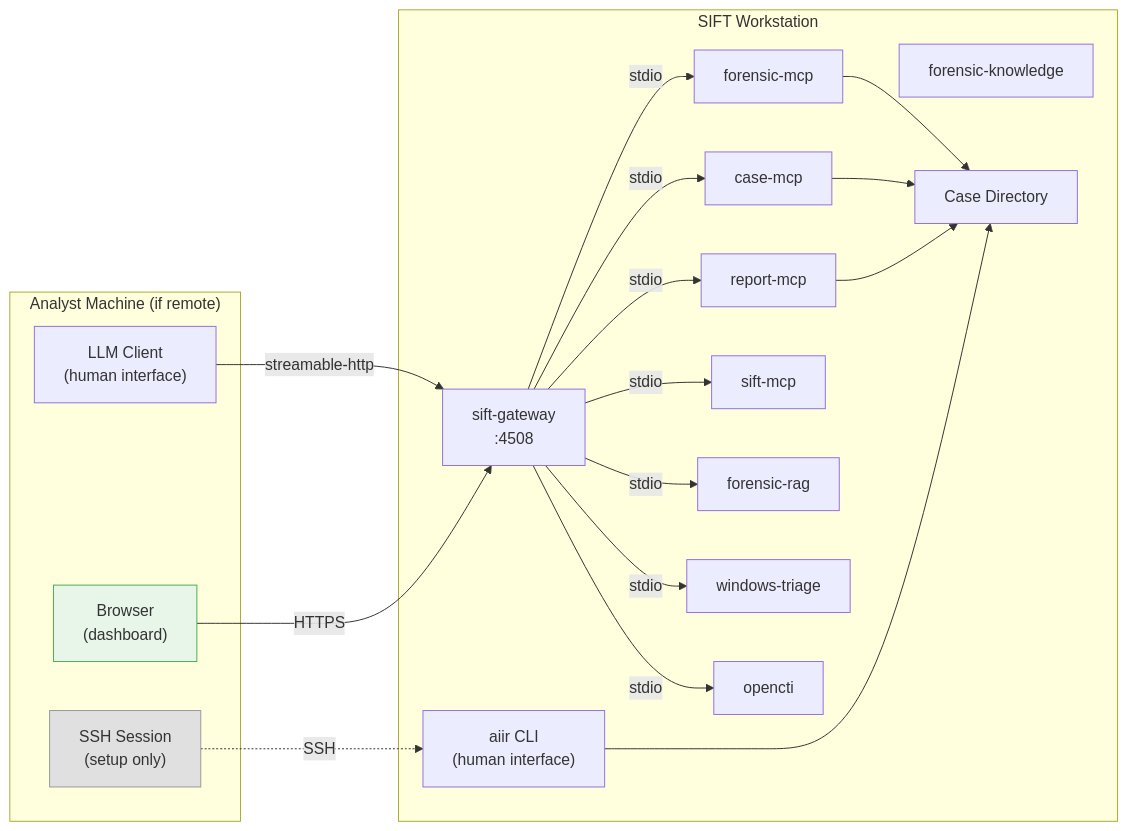
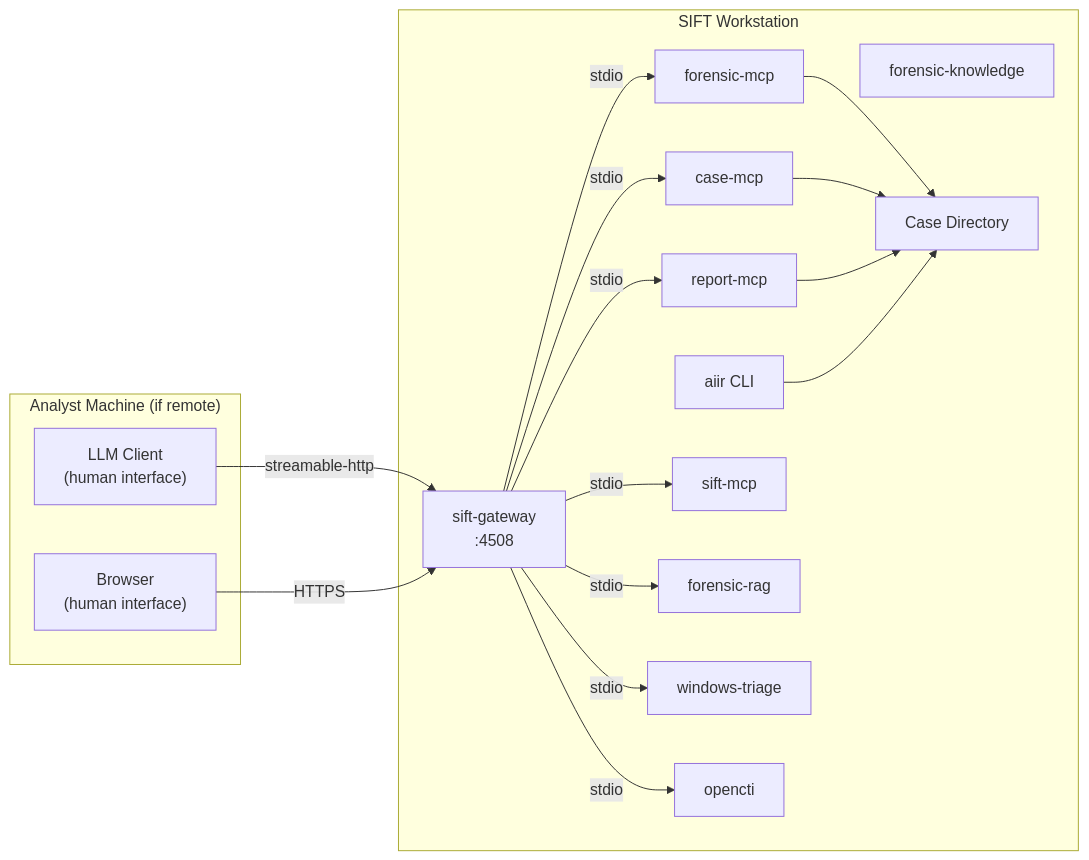
Before and after one commit to AppliedIR/sift-mcp: the first of 2 diagrams in README.md, drawn with Mermaid. The commit also changed other lines of this file, not shown here.

Commit message:
fix diagram: browser as primary interface, remove SSH

````diff
--- a/README.md
+++ b/README.md
@@ -125,40 +125,36 @@
 ```mermaid
 graph LR
     subgraph analyst ["Analyst Machine (if remote)"]
         CC["LLM Client<br/>(human interface)"]
-        BR["Browser<br/>(dashboard)"]
-        SSH["SSH Session<br/>(setup only)"]
+        BR["Browser<br/>(human interface)"]
     end
 
     subgraph sift ["SIFT Workstation"]
-        CLI["aiir CLI<br/>(human interface)"]
+        CLI["aiir CLI"]
         GW["sift-gateway<br/>:4508"]
         FM["forensic-mcp"]
         CM["case-mcp"]
         RM["report-mcp"]
         SM["sift-mcp"]
         RAG["forensic-rag"]
         WT["windows-triage"]
         OC["opencti"]
         FK["forensic-knowledge"]
         CASE["Case Directory"]
 
         GW -->|stdio| FM
         GW -->|stdio| CM
         GW -->|stdio| RM
         GW -->|stdio| SM
         GW -->|stdio| RAG
         GW -->|stdio| WT
         GW -->|stdio| OC
         FM --> CASE
         CM --> CASE
         RM --> CASE
         CLI --> CASE
     end
 
     CC -->|"streamable-http"| GW
     BR -->|"HTTPS"| GW
-    SSH -.->|"SSH"| CLI
-    style SSH fill:#e0e0e0,stroke:#999,color:#333
-    style BR fill:#e8f5e9,stroke:#4caf50,color:#333
 ```
````
